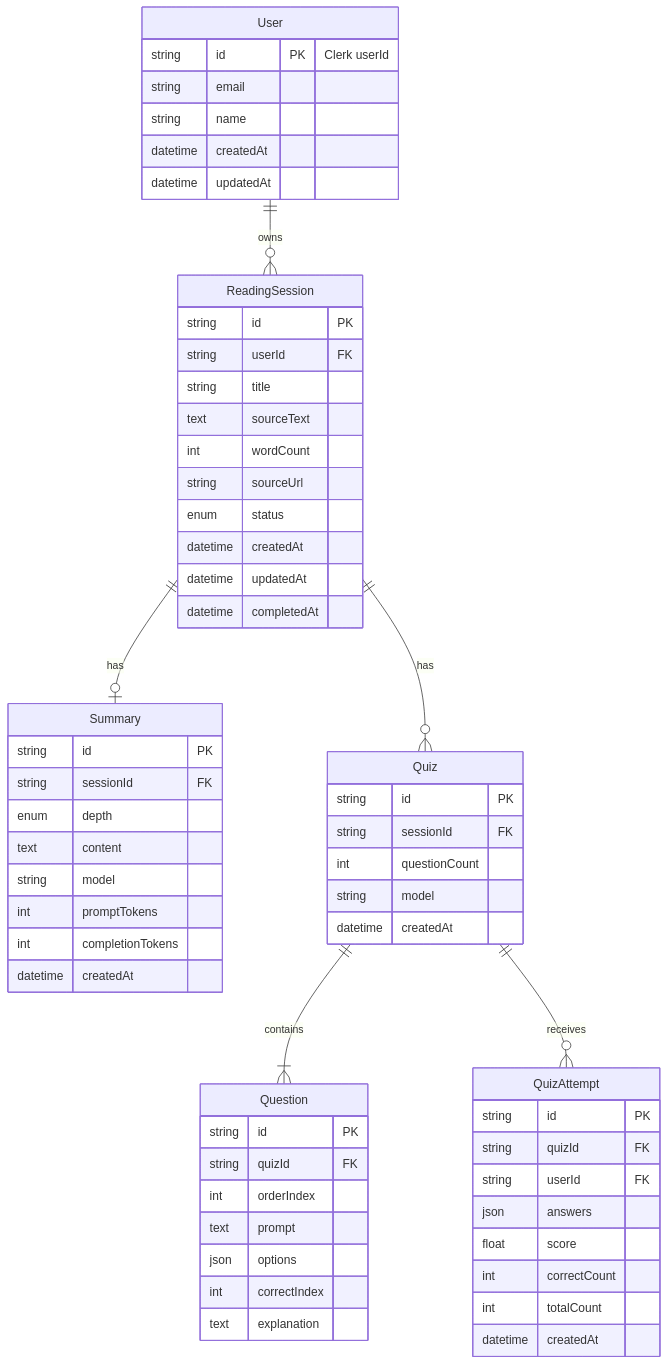
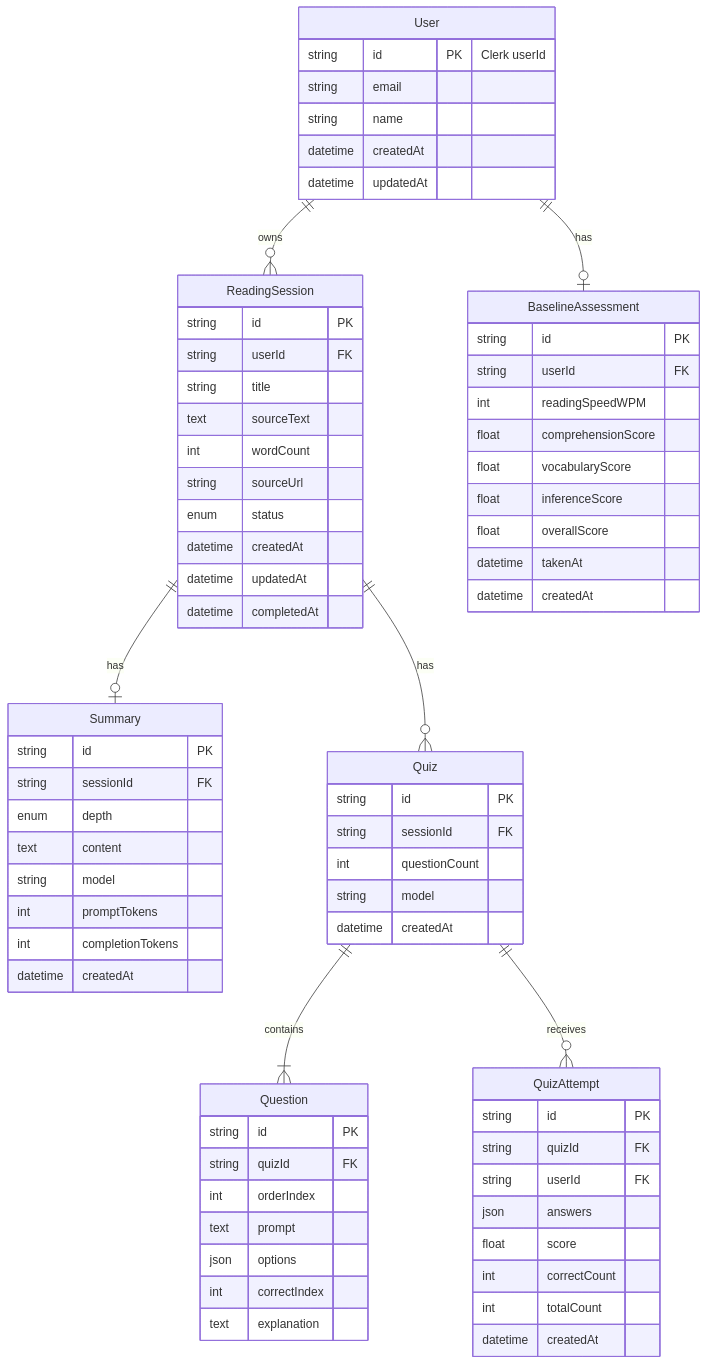
The diagram in docs/SCHEMA.md (christianalmonte112/brainiac), drawn with Mermaid before and after one commit. The commit also changed other lines of this file and 4 other files, not shown here.

Commit message:
📝 docs: Phase 1 complete, Phase 2 roadmap updated with F-010 through F-017

````diff
--- a/docs/SCHEMA.md
+++ b/docs/SCHEMA.md
@@ -14,69 +14,82 @@
 ```mermaid
 erDiagram
     User ||--o{ ReadingSession : owns
+    User ||--o| BaselineAssessment : has
     ReadingSession ||--o| Summary : has
     ReadingSession ||--o{ Quiz : has
     Quiz ||--|{ Question : contains
     Quiz ||--o{ QuizAttempt : receives
 
     User {
         string id PK "Clerk userId"
         string email
         string name
         datetime createdAt
         datetime updatedAt
+    }
+
+    BaselineAssessment {
+        string id PK
+        string userId FK
+        int readingSpeedWPM
+        float comprehensionScore
+        float vocabularyScore
+        float inferenceScore
+        float overallScore
+        datetime takenAt
+        datetime createdAt
     }
 
     ReadingSession {
         string id PK
         string userId FK
         string title
         text sourceText
         int wordCount
         string sourceUrl
         enum status
         datetime createdAt
         datetime updatedAt
         datetime completedAt
     }
 
     Summary {
         string id PK
         string sessionId FK
         enum depth
         text content
         string model
         int promptTokens
         int completionTokens
         datetime createdAt
     }
 
     Quiz {
         string id PK
         string sessionId FK
         int questionCount
         string model
         datetime createdAt
     }
 
     Question {
         string id PK
         string quizId FK
         int orderIndex
         text prompt
         json options
         int correctIndex
         text explanation
     }
 
     QuizAttempt {
         string id PK
         string quizId FK
         string userId FK
         json answers
         float score
         int correctCount
         int totalCount
         datetime createdAt
     }
 ```
````
